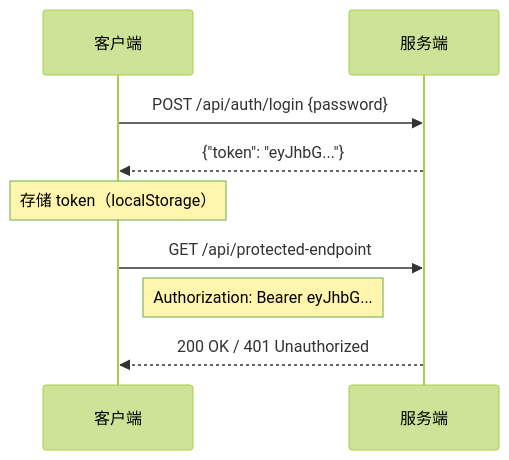
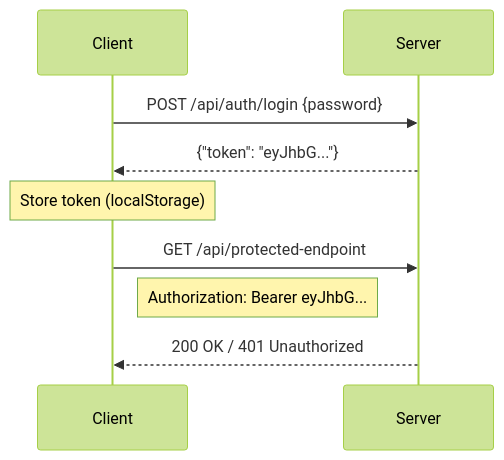
Before and after one commit to XUranus/dungeon: the diagram in docs/docs/api/overview.mdx, drawn with Mermaid (forest theme). The commit also changed other lines of this file and 75 other files, not shown here.

````diff
--- a/docs/docs/api/overview.mdx
+++ b/docs/docs/api/overview.mdx
@@ -26,13 +26,13 @@
 ```mermaid
 sequenceDiagram
-    participant Client as 客户端
-    participant Server as 服务端
+    participant Client as Client
+    participant Server as Server
 
     Client->>Server: POST /api/auth/login {password}
     Server-->>Client: {"token": "eyJhbG..."}
-    Note over Client: 存储 token（localStorage）
+    Note over Client: Store token (localStorage)
 
     Client->>Server: GET /api/protected-endpoint
     Note right of Client: Authorization: Bearer eyJhbG...
     Server-->>Client: 200 OK / 401 Unauthorized
 ```
````
